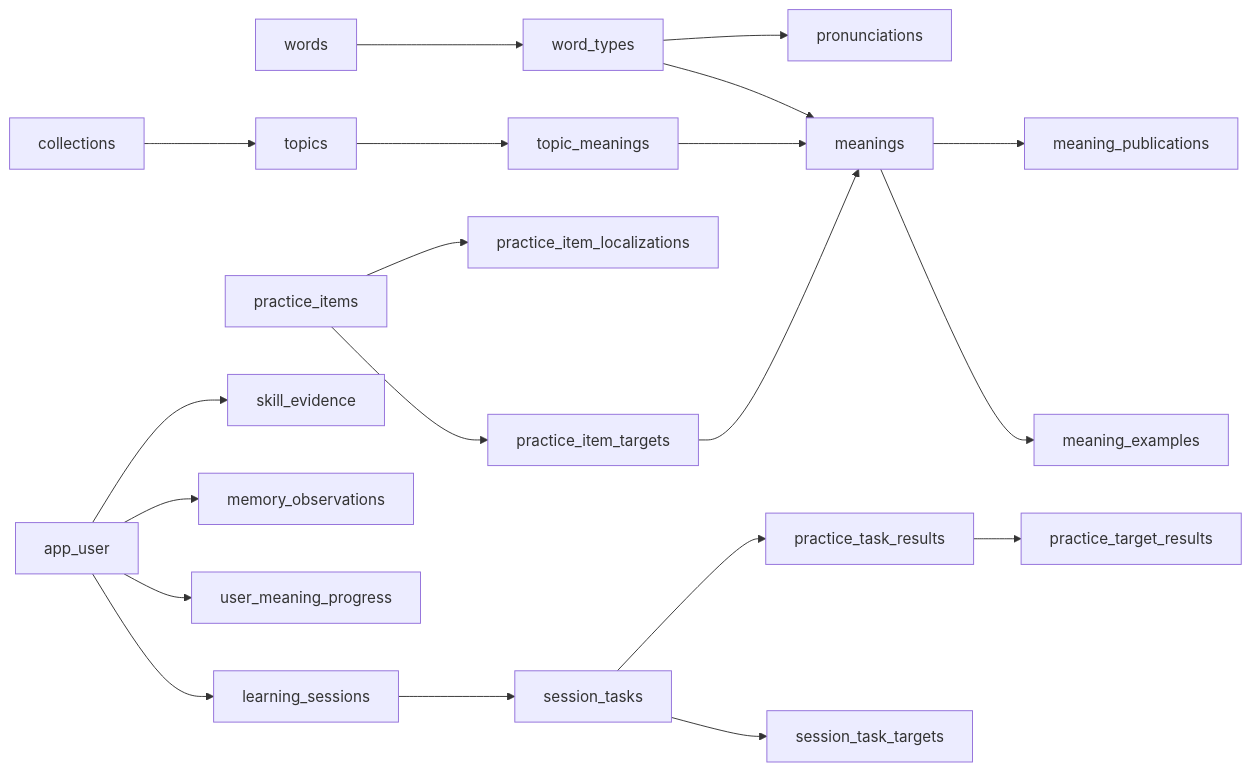
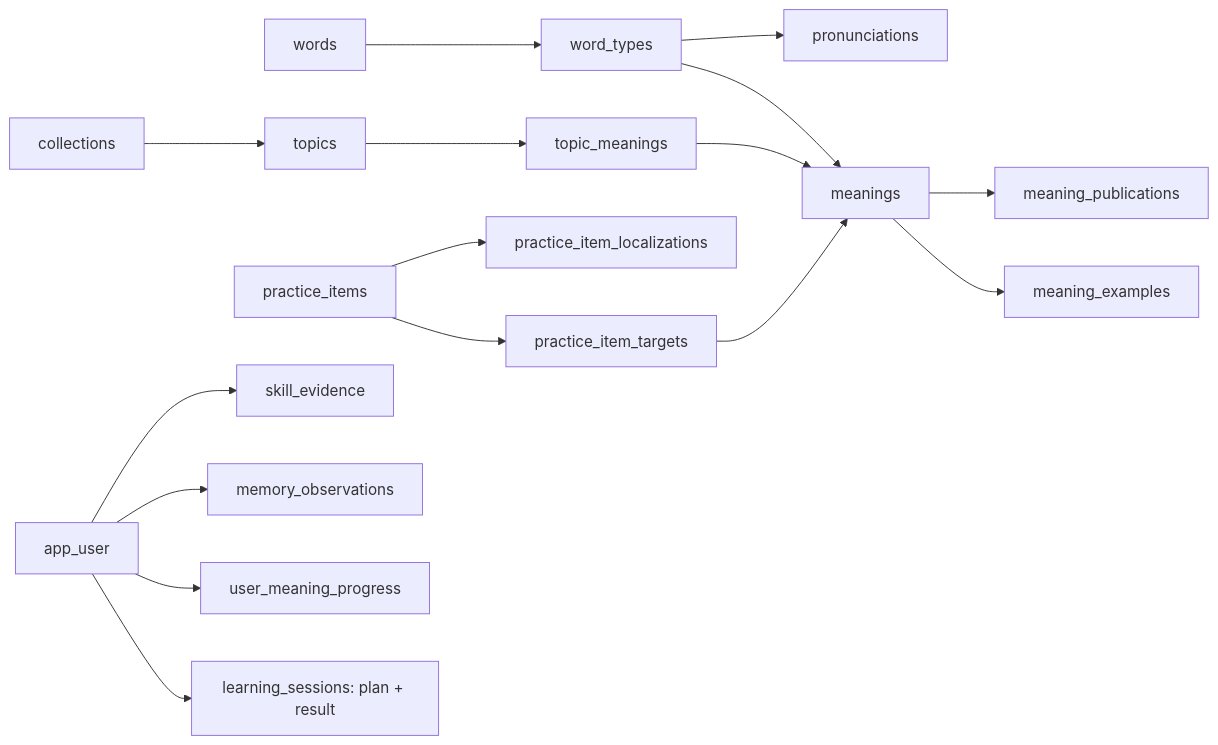
One commit to quantran8/vocab-backend changed the second of 2 diagrams in spec/Vocab_Flow_Backend_FULL_SPEC_v0.4_2026-10-30.md. Above: the diagram before and after it, drawn with Mermaid. The commit also changed other lines of this file and 77 other files, not shown here.

````diff
--- a/spec/Vocab_Flow_Backend_FULL_SPEC_v0.4_2026-10-30.md
+++ b/spec/Vocab_Flow_Backend_FULL_SPEC_v0.4_2026-10-30.md
@@ -125,15 +125,14 @@
 ```mermaid
 flowchart LR
   W[words] --> T[word_types] --> M[meanings]
   T --> P[pronunciations]
   M --> X[meaning_examples]
   M --> MP[meaning_publications]
   C[collections] --> TP[topics] --> TM[topic_meanings] --> M
   PI[practice_items] --> PIT[practice_item_targets] --> M
   PI --> PIL[practice_item_localizations]
-  US[app_user] --> S[learning_sessions] --> ST[session_tasks] --> STT[session_task_targets]
-  ST --> PR[practice_task_results] --> PTR[practice_target_results]
+  US[app_user] --> S[learning_sessions: plan + result]
   US --> UMP[user_meaning_progress]
   US --> ME[memory_observations]
   US --> SE[skill_evidence]
 ```
````
